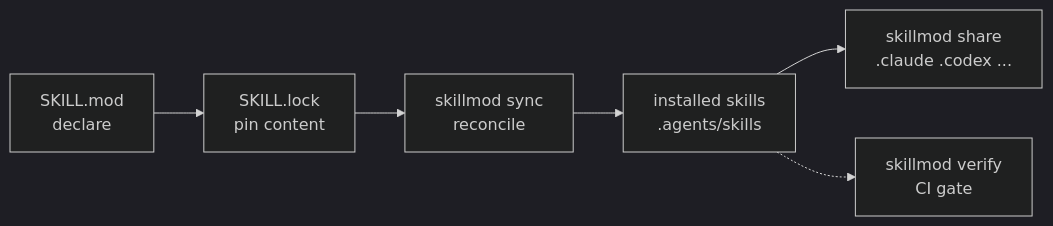
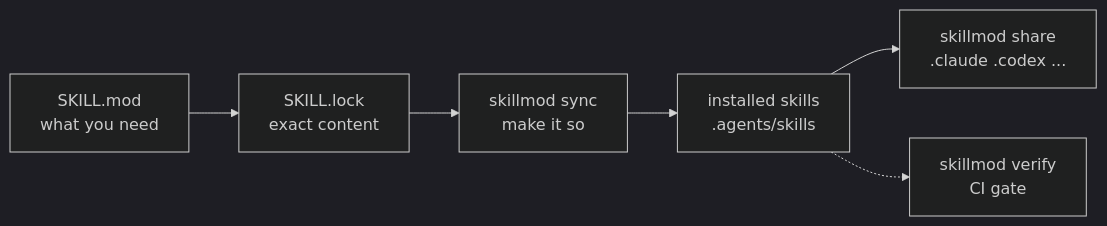
One commit to huija/skillmod changed the diagram in README.md. Above: the diagram before and after it, drawn with Mermaid (dark theme). The commit also changed other lines of this file and 40 other files, not shown here.

````diff
--- a/README.md
+++ b/README.md
@@ -14,8 +14,8 @@
 ```mermaid
 flowchart LR
-    mod["SKILL.mod<br/>declare"] --> lock["SKILL.lock<br/>pin content"]
-    lock --> sync["skillmod sync<br/>reconcile"]
+    mod["SKILL.mod<br/>what you need"] --> lock["SKILL.lock<br/>exact content"]
+    lock --> sync["skillmod sync<br/>make it so"]
     sync --> inst["installed skills<br/>.agents/skills"]
     inst --> share["skillmod share<br/>.claude .codex ..."]
     inst -.-> verify["skillmod verify<br/>CI gate"]
 ```
````
